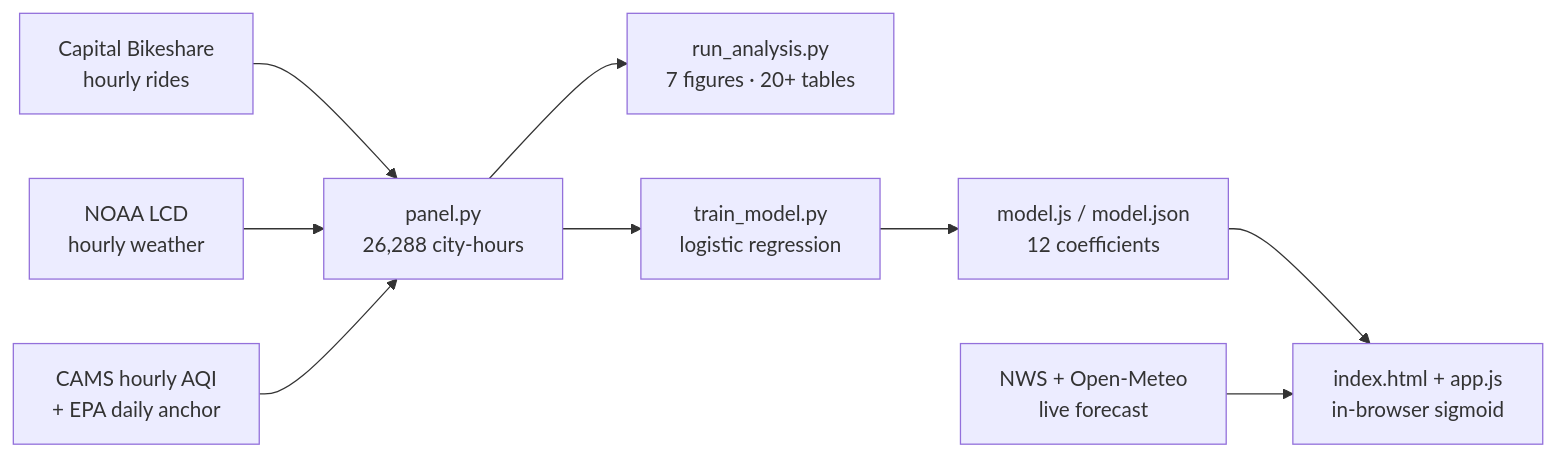
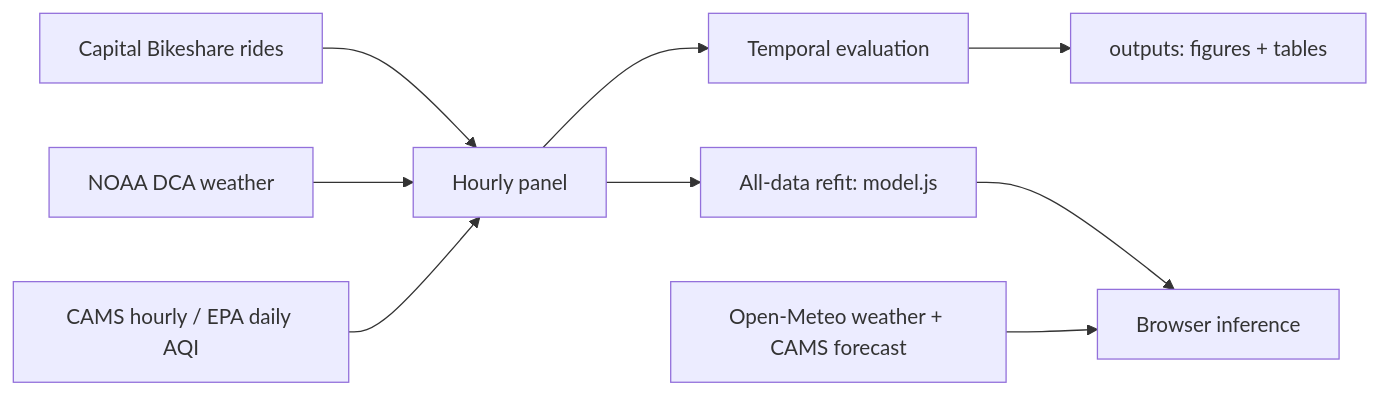
Before and after one commit to urmeo/PulseShift: the diagram in README.md, drawn with Mermaid. The commit also changed other lines of this file, not shown here.

````diff
--- a/README.md
+++ b/README.md
@@ -22,11 +19,11 @@
 ```mermaid
 flowchart LR
-    A[Capital Bikeshare<br>hourly rides] --> P[panel.py<br>26,288 city-hours]
-    B[NOAA LCD<br>hourly weather] --> P
-    C[CAMS hourly AQI<br>+ EPA daily anchor] --> P
-    P --> R[run_analysis.py<br>7 figures · 20+ tables]
-    P --> T[train_model.py<br>logistic regression]
-    T --> M[model.js / model.json<br>12 coefficients]
-    M --> W[index.html + app.js<br>in-browser sigmoid]
-    L[NWS + Open-Meteo<br>live forecast] --> W
+    R[Capital Bikeshare rides] --> P[Hourly panel]
+    W[NOAA DCA weather] --> P
+    A[CAMS hourly / EPA daily AQI] --> P
+    P --> E[Temporal evaluation]
+    E --> O[outputs: figures + tables]
+    P --> M[All-data refit: model.js]
+    M --> B[Browser inference]
+    F[Open-Meteo weather + CAMS forecast] --> B
 ```
````
